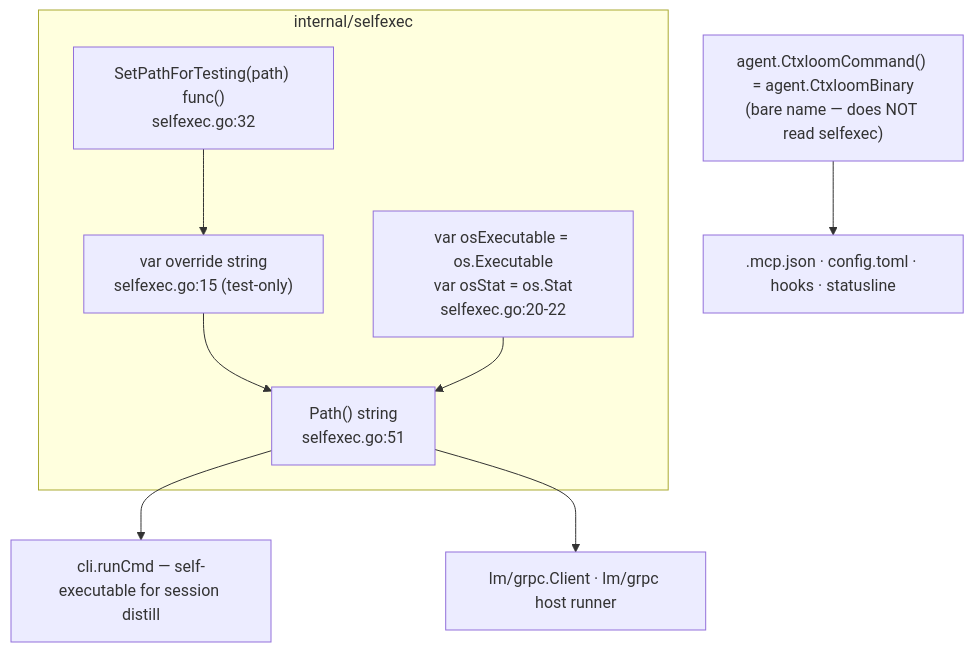
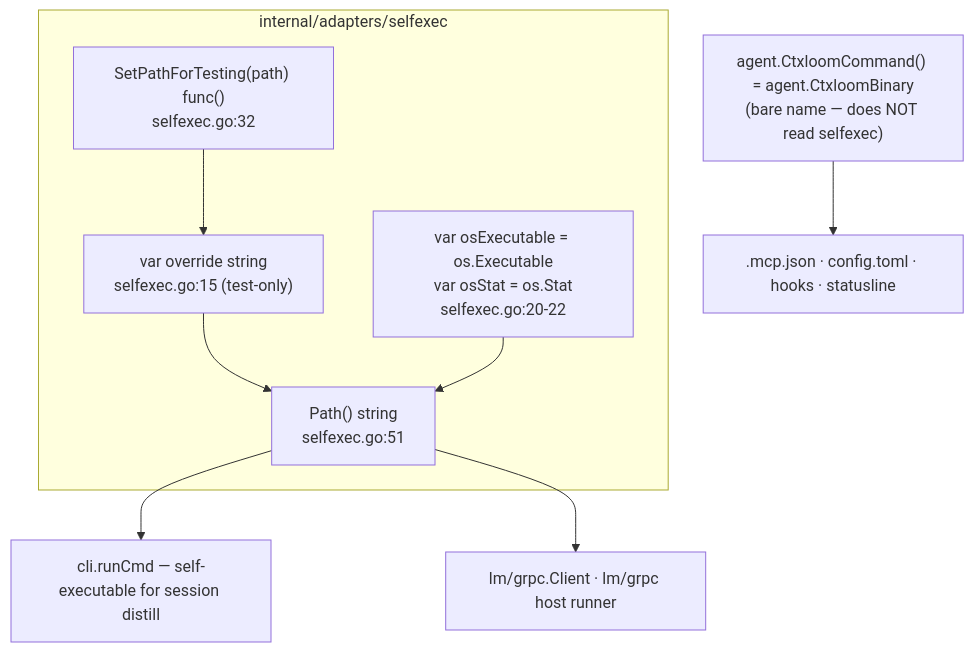
Before and after one commit to ctxloom/ctxloom: the diagram in docs/architecture/companions/selfexec.md, drawn with Mermaid. The commit also changed other lines of this file and 2489 other files, not shown here.

First line of the commit message:
refactor(arch): move the adapters ring into internal/adapters

````diff
--- a/docs/architecture/companions/selfexec.md
+++ b/docs/architecture/companions/selfexec.md
@@ -23,17 +23,17 @@
 ```mermaid
 flowchart TD
-  subgraph unit["internal/selfexec"]
+  subgraph unit["internal/adapters/selfexec"]
     OVR["var override string<br/>selfexec.go:15 (test-only)"]
     SEAM["var osExecutable = os.Executable<br/>var osStat = os.Stat<br/>selfexec.go:20-22"]
     PATH["Path() string<br/>selfexec.go:51"]
     SET["SetPathForTesting(path) func()<br/>selfexec.go:32"]
     SET --> OVR --> PATH
     SEAM --> PATH
   end
 
   PATH --> RUN["cli.runCmd — self-executable for session distill"]
   PATH --> GRPC["lm/grpc.Client · lm/grpc host runner"]
 
   CC["agent.CtxloomCommand() = agent.CtxloomBinary<br/>(bare name — does NOT read selfexec)"]
   CC --> SURF[".mcp.json · config.toml · hooks · statusline"]
 ```
````
